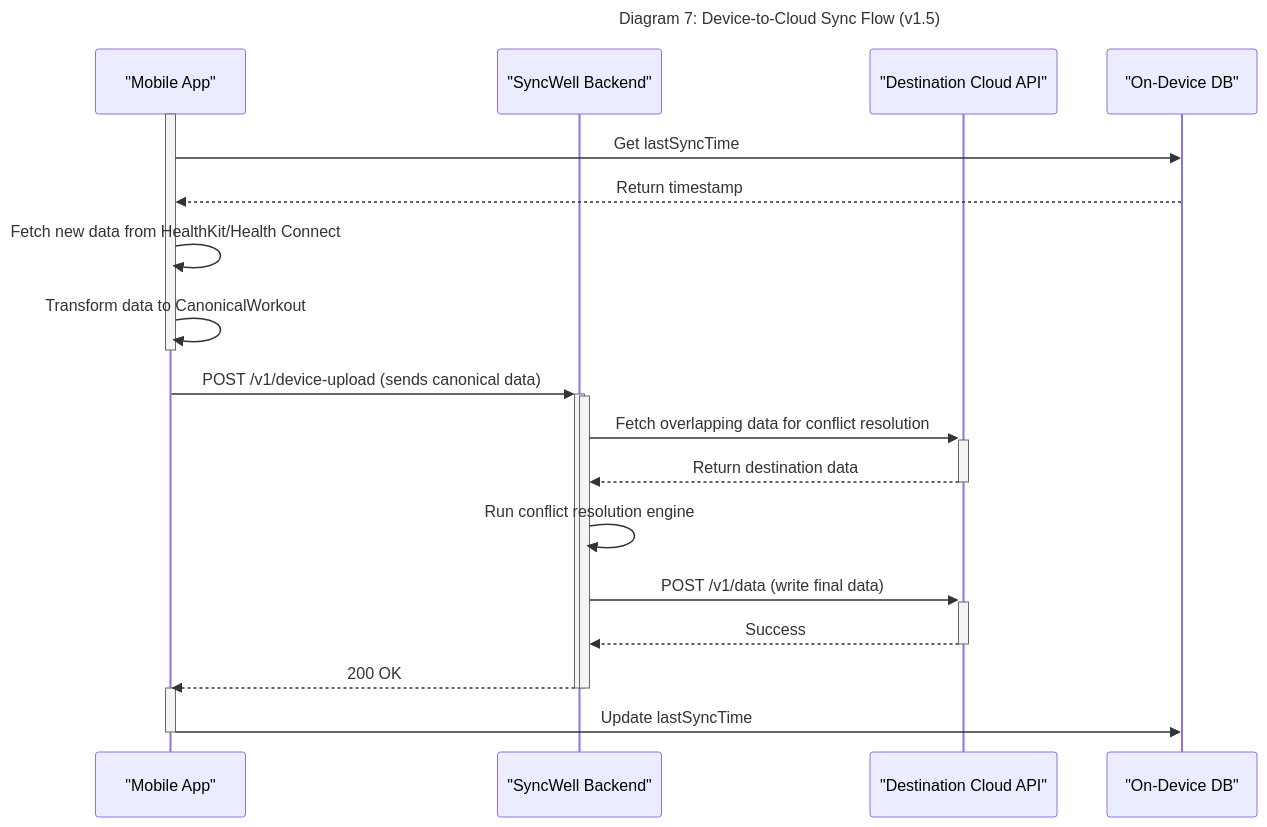
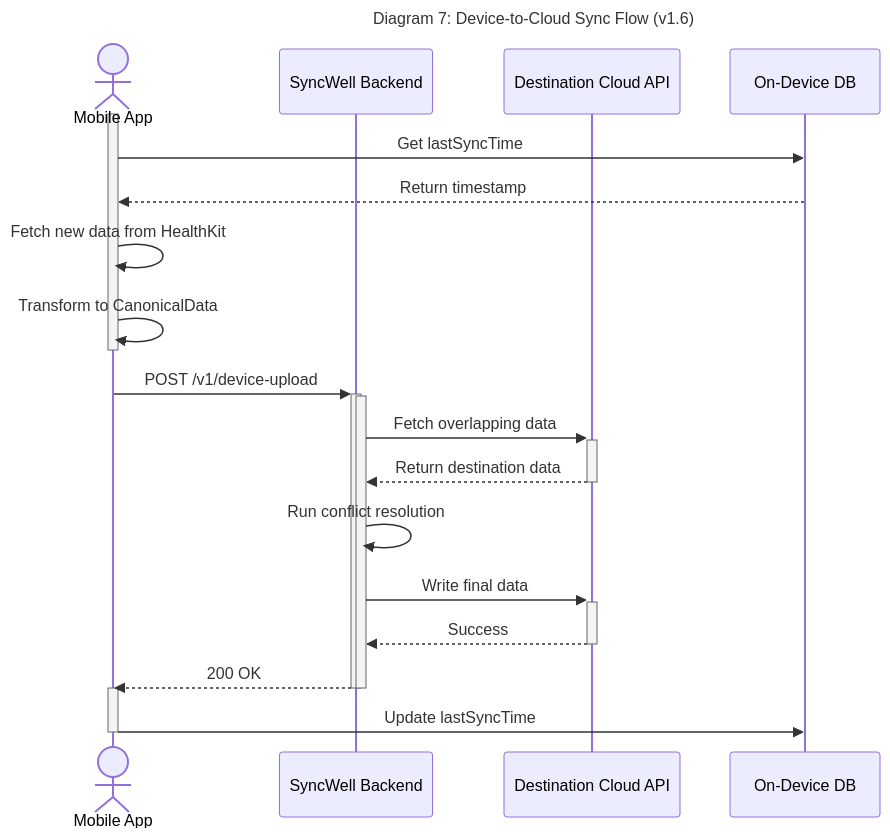
Diagram 14 of 15 in docs/architecture/06-technical-architecture.md (dino10bit/healthsync), drawn with Mermaid before and after one commit. The commit also changed other lines of this file, not shown here.

First line of the commit message:
Enhance diagrams with professional styling and icons

````diff
--- a/docs/architecture/06-technical-architecture.md
+++ b/docs/architecture/06-technical-architecture.md
@@ -1346,31 +1452,31 @@
 ```mermaid
 ---
-title: "Diagram 7: Device-to-Cloud Sync Flow (v1.5)"
+title: "Diagram 7: Device-to-Cloud Sync Flow (v1.6)"
 ---
 sequenceDiagram
-    participant MobileApp as "Mobile App"
-    participant Backend as "SyncWell Backend"
-    participant DestinationAPI as "Destination Cloud API"
-    participant DeviceDB as "On-Device DB"
+    actor MobileApp as Mobile App
+    participant Backend as SyncWell Backend
+    participant DestinationAPI as Destination Cloud API
+    participant DeviceDB as On-Device DB
 
     activate MobileApp
     MobileApp->>DeviceDB: Get lastSyncTime
     DeviceDB-->>MobileApp: Return timestamp
-    MobileApp->>MobileApp: Fetch new data from HealthKit/Health Connect
-    MobileApp->>MobileApp: Transform data to CanonicalWorkout
+    MobileApp->>MobileApp: Fetch new data from HealthKit
+    MobileApp->>MobileApp: Transform to CanonicalData
     deactivate MobileApp
 
-    MobileApp->>+Backend: POST /v1/device-upload (sends canonical data)
+    MobileApp->>+Backend: POST /v1/device-upload
     activate Backend
-    Backend->>+DestinationAPI: Fetch overlapping data for conflict resolution
+    Backend->>+DestinationAPI: Fetch overlapping data
     DestinationAPI-->>-Backend: Return destination data
-    Backend->>Backend: Run conflict resolution engine
-    Backend->>+DestinationAPI: POST /v1/data (write final data)
+    Backend->>Backend: Run conflict resolution
+    Backend->>+DestinationAPI: Write final data
     DestinationAPI-->>-Backend: Success
     Backend-->>-MobileApp: 200 OK
     deactivate Backend
 
     activate MobileApp
     MobileApp->>DeviceDB: Update lastSyncTime
     deactivate MobileApp
 ```
````
